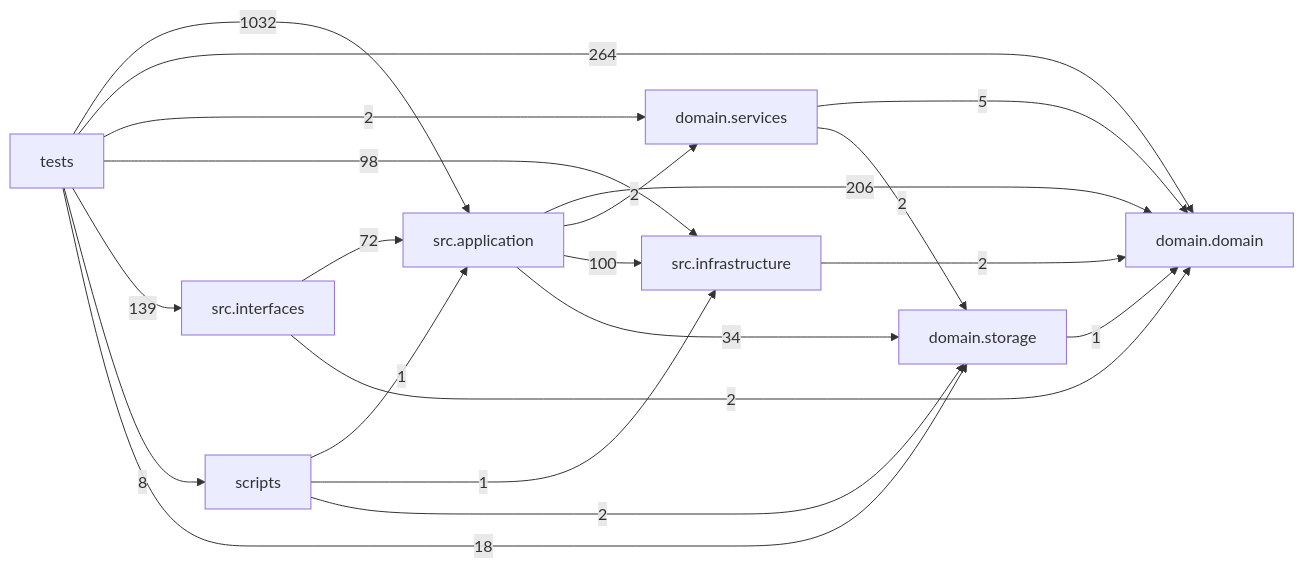
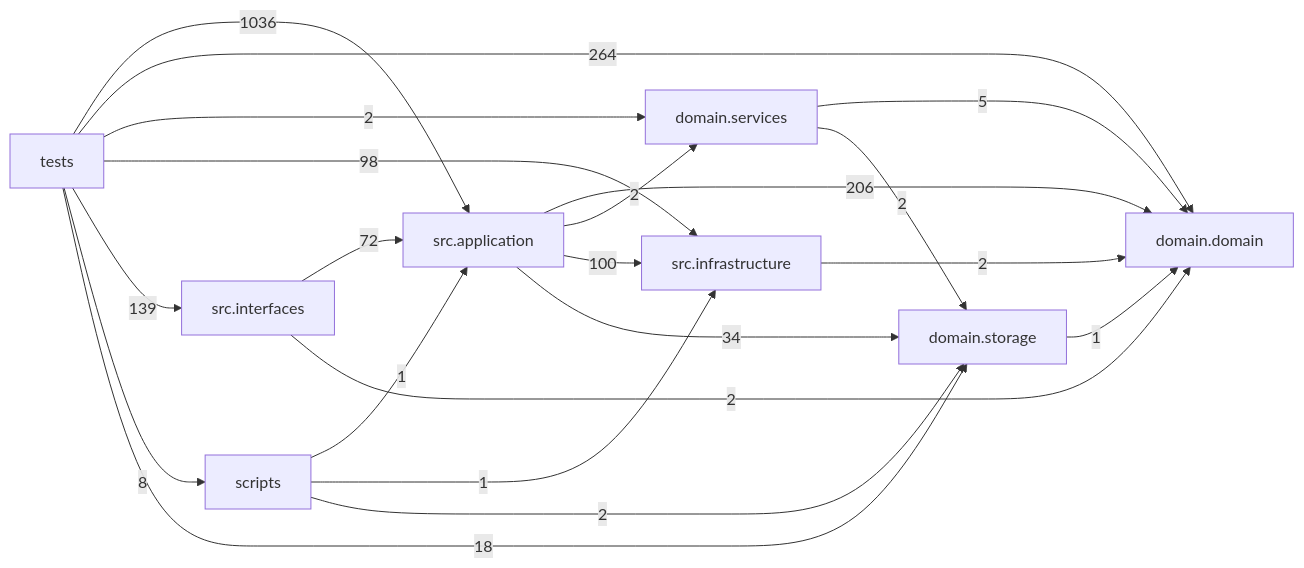
One commit to liuxie066/options-monitor changed the diagram in docs/DEPENDENCY_GRAPH.md. Above: the diagram before and after it, drawn with Mermaid. The commit also changed other lines of this file and 14 other files, not shown here.

````diff
--- a/docs/DEPENDENCY_GRAPH.md
+++ b/docs/DEPENDENCY_GRAPH.md
@@ -24,31 +24,31 @@
 ```mermaid
 flowchart LR
   tests["tests"]
   scripts["scripts"]
   interfaces["src.interfaces"]
   application["src.application"]
   infrastructure["src.infrastructure"]
   domain_services["domain.services"]
   domain["domain.domain"]
   storage["domain.storage"]
   application -->|206| domain
   application -->|2| domain_services
   application -->|100| infrastructure
   application -->|34| storage
   domain_services -->|5| domain
   domain_services -->|2| storage
   infrastructure -->|2| domain
   interfaces -->|72| application
   interfaces -->|2| domain
   scripts -->|1| application
   scripts -->|1| infrastructure
   scripts -->|2| storage
   storage -->|1| domain
-  tests -->|1032| application
+  tests -->|1036| application
   tests -->|264| domain
   tests -->|2| domain_services
   tests -->|98| infrastructure
   tests -->|139| interfaces
   tests -->|8| scripts
   tests -->|18| storage
 ```
````
